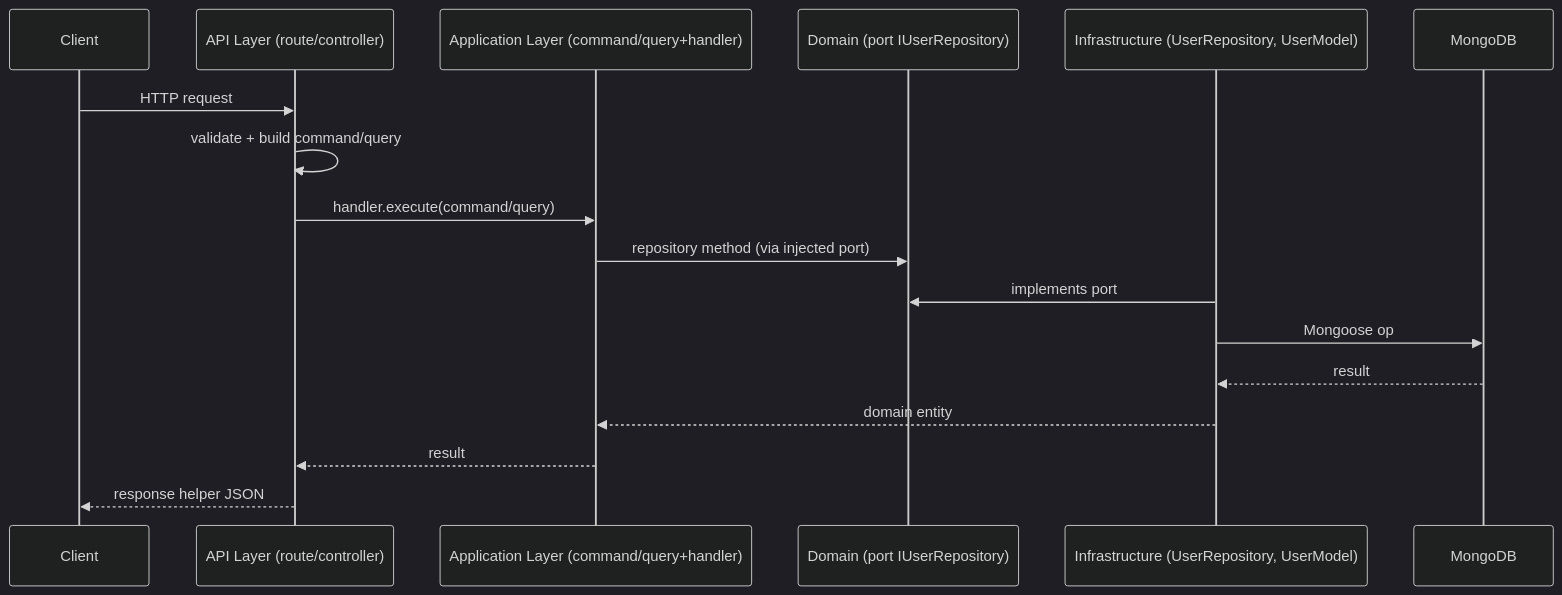
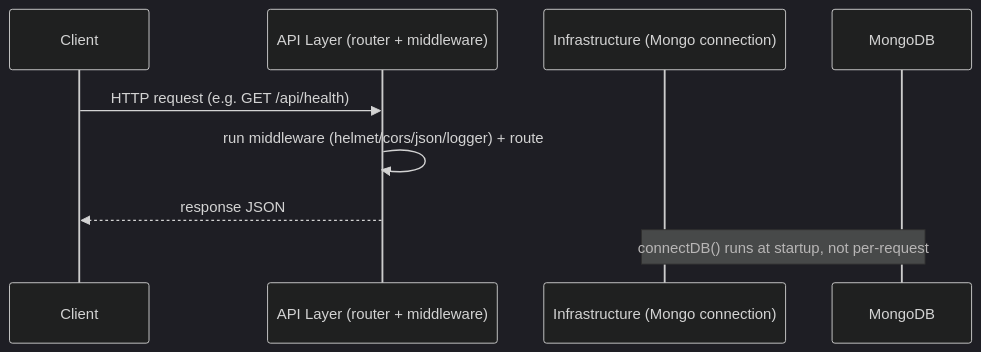
Before and after one commit to cloudtecki/the-woven-kitchen-api: the fourth of 4 diagrams in docs/architecture.md, drawn with Mermaid (dark theme). The commit also changed other lines of this file and 214 other files, not shown here.

````diff
--- a/docs/architecture.md
+++ b/docs/architecture.md
@@ -184,20 +146,12 @@
 ```mermaid
 sequenceDiagram
     participant C as Client
-    participant API as API Layer (route/controller)
-    participant APP as Application Layer (command/query+handler)
-    participant DOM as Domain (port IUserRepository)
-    participant INF as Infrastructure (UserRepository, UserModel)
+    participant API as API Layer (router + middleware)
+    participant INF as Infrastructure (Mongo connection)
     participant DB as MongoDB
 
-    C->>API: HTTP request
-    API->>API: validate + build command/query
-    API->>APP: handler.execute(command/query)
-    APP->>DOM: repository method (via injected port)
-    INF->>DOM: implements port
-    INF->>DB: Mongoose op
-    DB-->>INF: result
-    INF-->>APP: domain entity
-    APP-->>API: result
-    API-->>C: response helper JSON
+    C->>API: HTTP request (e.g. GET /api/health)
+    API->>API: run middleware (helmet/cors/json/logger) + route
+    API-->>C: response JSON
+    Note over INF,DB: connectDB() runs at startup, not per-request
 ```
````
